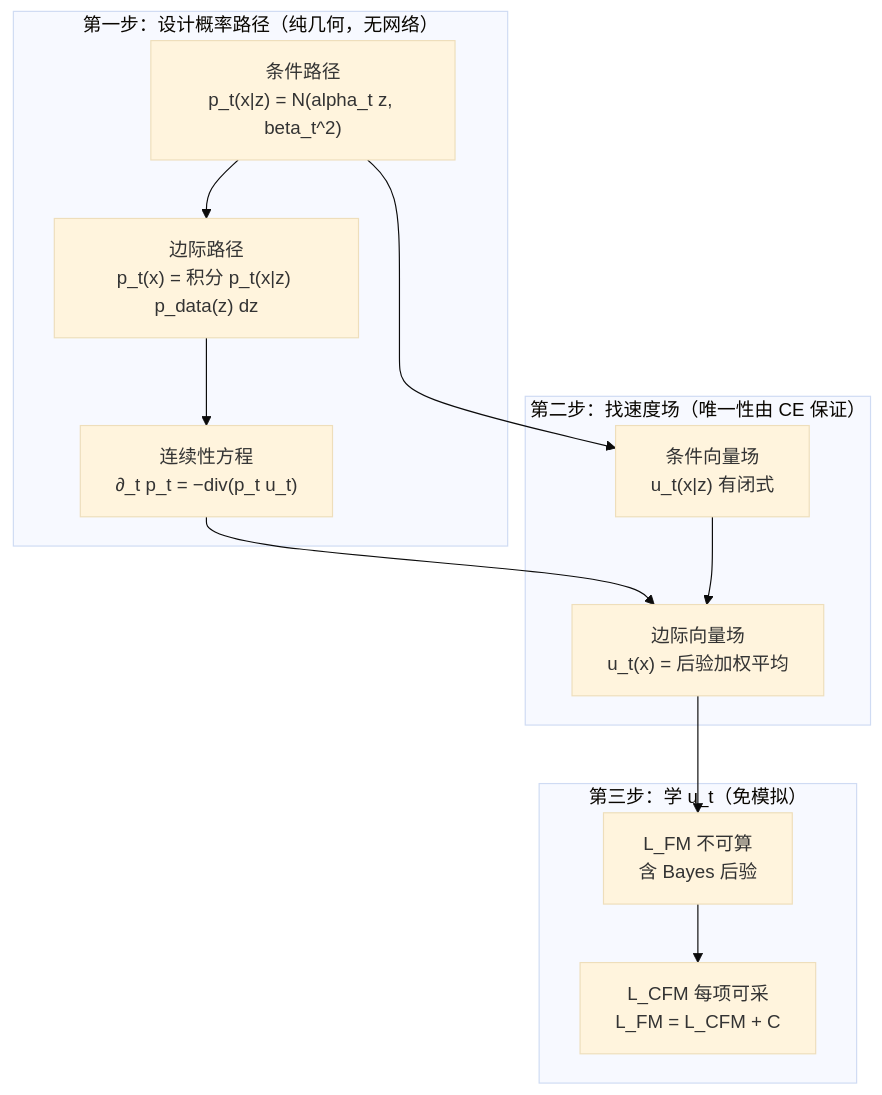
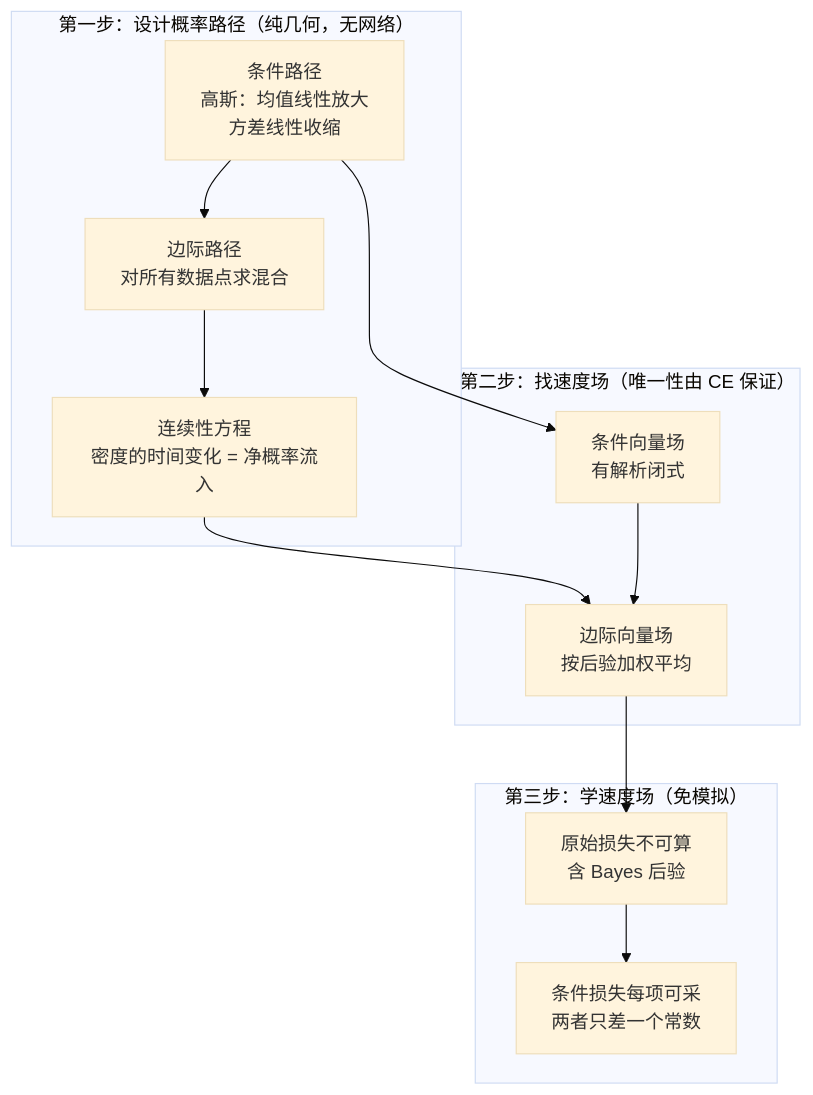
One commit to lrypcy/lrypcy.github.io changed the diagram in _posts/2026-08-22-flow-matching-01-algorithm-evolution.md. Above: the diagram before and after it, drawn with Mermaid (base theme). The commit also changed 4 other files, not shown here.

First line of the commit message:
flow-matching: 修掉三张 mermaid 图的公式不渲染

````diff
--- a/_posts/2026-08-22-flow-matching-01-algorithm-evolution.md
+++ b/_posts/2026-08-22-flow-matching-01-algorithm-evolution.md
@@ -19,22 +19,22 @@
 ```mermaid
 graph TD
     subgraph P["第一步：设计概率路径（纯几何，无网络）"]
-        PC["条件路径<br/>p_t(x|z) = N(alpha_t z, beta_t^2)"]
-        PM["边际路径<br/>p_t(x) = 积分 p_t(x|z) p_data(z) dz"]
-        CE["连续性方程<br/>∂_t p_t = −div(p_t u_t)"]
+        PC["条件路径<br>高斯：均值线性放大<br>方差线性收缩"]
+        PM["边际路径<br>对所有数据点求混合"]
+        CE["连续性方程<br>密度的时间变化 = 净概率流入"]
         PC --> PM --> CE
     end
     subgraph V["第二步：找速度场（唯一性由 CE 保证）"]
-        UC["条件向量场<br/>u_t(x|z) 有闭式"]
-        UM["边际向量场<br/>u_t(x) = 后验加权平均"]
+        UC["条件向量场<br>有解析闭式"]
+        UM["边际向量场<br>按后验加权平均"]
         CE --> UM
         UC --> UM
     end
-    subgraph L["第三步：学 u_t（免模拟）"]
-        LF["L_FM 不可算<br/>含 Bayes 后验"]
-        LC["L_CFM 每项可采<br/>L_FM = L_CFM + C"]
+    subgraph L["第三步：学速度场（免模拟）"]
+        LF["原始损失不可算<br>含 Bayes 后验"]
+        LC["条件损失每项可采<br>两者只差一个常数"]
         LF --> LC
     end
     PC --> UC
     UM --> LF
 ```
````
